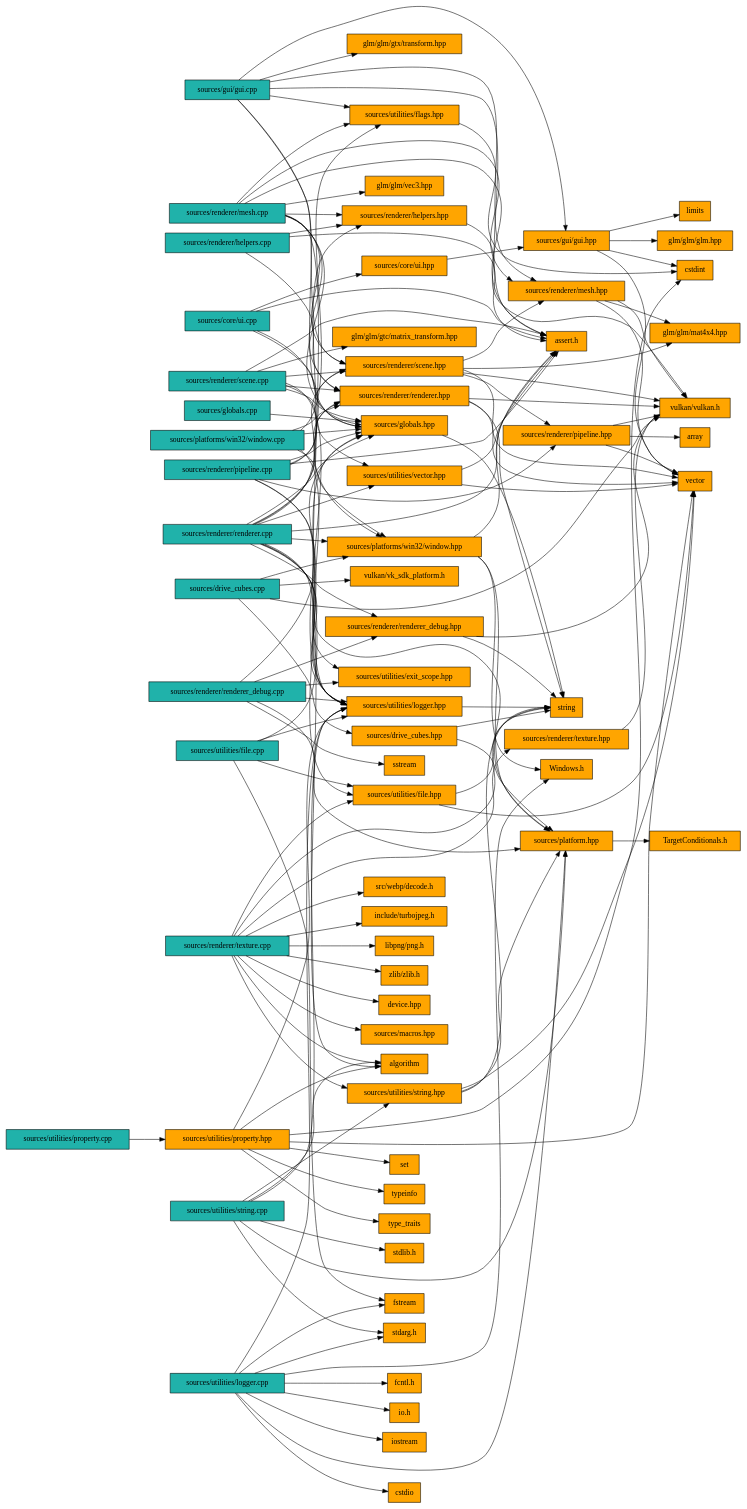
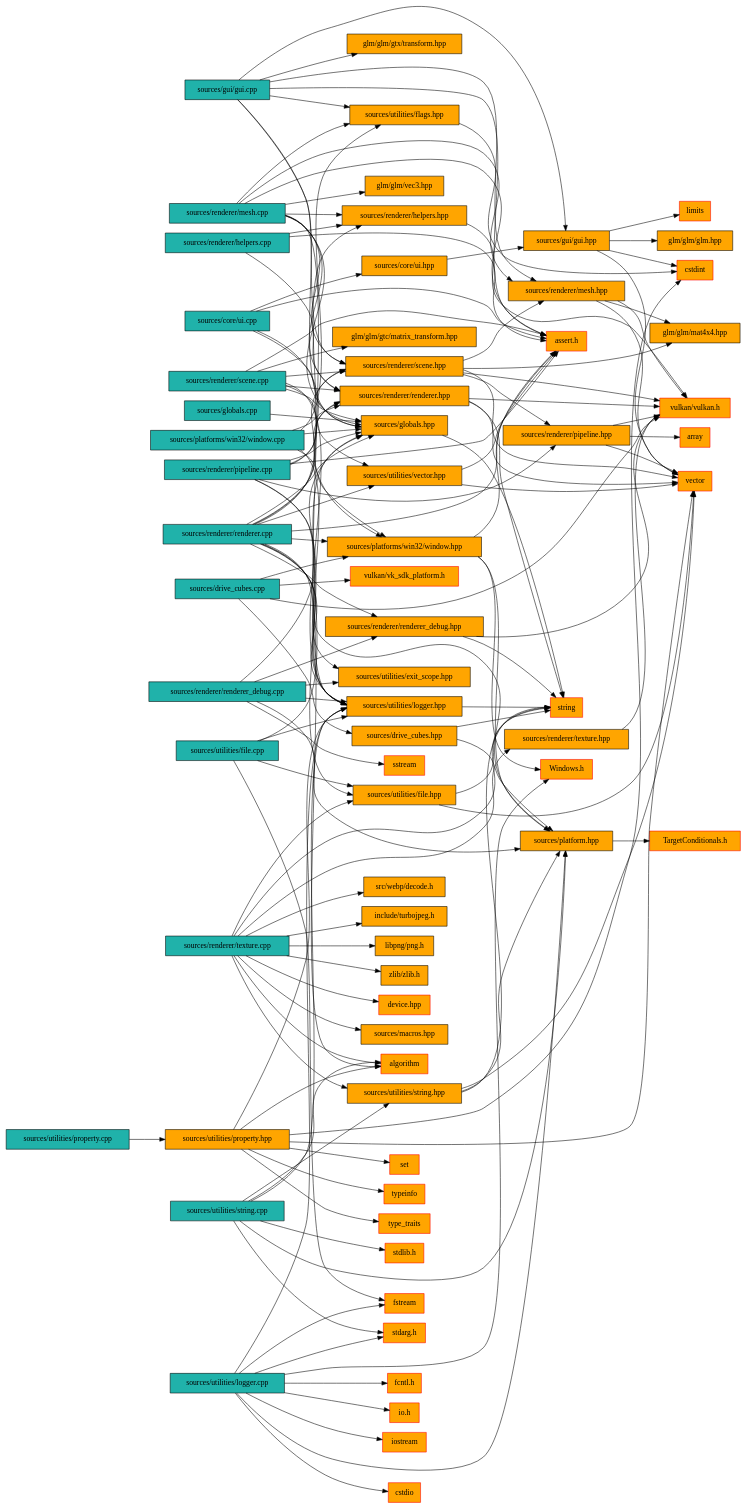
One commit to Flamaros/cpp-includes-graph changed the diagram in results/DriveCubes.dot. Above: the diagram before and after it, drawn with Graphviz. The commit also changed 10 other files, not shown here.

```diff
--- a/results/DriveCubes.dot
+++ b/results/DriveCubes.dot
@@ -1,91 +1,91 @@
 digraph {
 	rankdir = LR
-	a [label="sources/core/ui.cpp" shape=box, style=filled, fillcolor=lightseagreen]
+	a [label="sources/core/ui.cpp" shape=box, style=filled, color=black, fillcolor=lightseagreen]
 	a -> b
-	b [label="sources/core/ui.hpp" shape=box, style=filled, fillcolor=orange]
+	b [label="sources/core/ui.hpp" shape=box, style=filled, color=black, fillcolor=orange]
 	b -> c
-	c [label="sources/gui/gui.hpp" shape=box, style=filled, fillcolor=orange]
+	c [label="sources/gui/gui.hpp" shape=box, style=filled, color=black, fillcolor=orange]
 	c -> d
-	d [label="limits" shape=box, style=filled, fillcolor=orange]
+	d [label="limits" shape=box, style=filled, color=red, fillcolor=orange]
 	c -> e
-	e [label="vector" shape=box, style=filled, fillcolor=orange]
+	e [label="vector" shape=box, style=filled, color=red, fillcolor=orange]
 	c -> f
-	f [label="cstdint" shape=box, style=filled, fillcolor=orange]
+	f [label="cstdint" shape=box, style=filled, color=red, fillcolor=orange]
 	c -> g
-	g [label="glm/glm/glm.hpp" shape=box, style=filled, fillcolor=orange]
+	g [label="glm/glm/glm.hpp" shape=box, style=filled, color=black, fillcolor=orange]
 	a -> h
-	h [label="sources/globals.hpp" shape=box, style=filled, fillcolor=orange]
+	h [label="sources/globals.hpp" shape=box, style=filled, color=black, fillcolor=orange]
 	h -> i
-	i [label="string" shape=box, style=filled, fillcolor=orange]
+	i [label="string" shape=box, style=filled, color=red, fillcolor=orange]
 	a -> j
-	j [label="sources/platforms/win32/window.hpp" shape=box, style=filled, fillcolor=orange]
+	j [label="sources/platforms/win32/window.hpp" shape=box, style=filled, color=black, fillcolor=orange]
 	j -> k
-	k [label="sources/platform.hpp" shape=box, style=filled, fillcolor=orange]
+	k [label="sources/platform.hpp" shape=box, style=filled, color=black, fillcolor=orange]
 	k -> l
-	l [label="TargetConditionals.h" shape=box, style=filled, fillcolor=orange]
+	l [label="TargetConditionals.h" shape=box, style=filled, color=red, fillcolor=orange]
 	j -> m
-	m [label="Windows.h" shape=box, style=filled, fillcolor=orange]
+	m [label="Windows.h" shape=box, style=filled, color=red, fillcolor=orange]
 	j -> n
-	n [label="assert.h" shape=box, style=filled, fillcolor=orange]
+	n [label="assert.h" shape=box, style=filled, color=red, fillcolor=orange]
 	a -> n
-	o [label="sources/drive_cubes.cpp" shape=box, style=filled, fillcolor=lightseagreen]
+	o [label="sources/drive_cubes.cpp" shape=box, style=filled, color=black, fillcolor=lightseagreen]
 	o -> p
-	p [label="sources/drive_cubes.hpp" shape=box, style=filled, fillcolor=orange]
+	p [label="sources/drive_cubes.hpp" shape=box, style=filled, color=black, fillcolor=orange]
 	p -> k
 	p -> i
 	o -> q
-	q [label="vulkan/vulkan.h" shape=box, style=filled, fillcolor=orange]
+	q [label="vulkan/vulkan.h" shape=box, style=filled, color=red, fillcolor=orange]
 	o -> r
-	r [label="vulkan/vk_sdk_platform.h" shape=box, style=filled, fillcolor=orange]
+	r [label="vulkan/vk_sdk_platform.h" shape=box, style=filled, color=red, fillcolor=orange]
 	o -> j
-	s [label="sources/globals.cpp" shape=box, style=filled, fillcolor=lightseagreen]
+	s [label="sources/globals.cpp" shape=box, style=filled, color=black, fillcolor=lightseagreen]
 	s -> h
-	t [label="sources/gui/gui.cpp" shape=box, style=filled, fillcolor=lightseagreen]
+	t [label="sources/gui/gui.cpp" shape=box, style=filled, color=black, fillcolor=lightseagreen]
 	t -> c
 	t -> u
-	u [label="sources/renderer/mesh.hpp" shape=box, style=filled, fillcolor=orange]
+	u [label="sources/renderer/mesh.hpp" shape=box, style=filled, color=black, fillcolor=orange]
 	u -> q
 	u -> v
-	v [label="glm/glm/mat4x4.hpp" shape=box, style=filled, fillcolor=orange]
+	v [label="glm/glm/mat4x4.hpp" shape=box, style=filled, color=black, fillcolor=orange]
 	u -> e
 	t -> w
-	w [label="sources/renderer/scene.hpp" shape=box, style=filled, fillcolor=orange]
+	w [label="sources/renderer/scene.hpp" shape=box, style=filled, color=black, fillcolor=orange]
 	w -> u
 	w -> x
-	x [label="sources/renderer/pipeline.hpp" shape=box, style=filled, fillcolor=orange]
+	x [label="sources/renderer/pipeline.hpp" shape=box, style=filled, color=black, fillcolor=orange]
 	x -> q
 	x -> y
-	y [label="array" shape=box, style=filled, fillcolor=orange]
+	y [label="array" shape=box, style=filled, color=red, fillcolor=orange]
 	x -> e
 	w -> q
 	w -> e
 	w -> v
 	t -> z
-	z [label="sources/utilities/flags.hpp" shape=box, style=filled, fillcolor=orange]
+	z [label="sources/utilities/flags.hpp" shape=box, style=filled, color=black, fillcolor=orange]
 	z -> f
 	t -> h
 	t -> ab
-	ab [label="glm/glm/gtx/transform.hpp" shape=box, style=filled, fillcolor=orange]
+	ab [label="glm/glm/gtx/transform.hpp" shape=box, style=filled, color=black, fillcolor=orange]
 	t -> n
-	bb [label="sources/platforms/win32/window.cpp" shape=box, style=filled, fillcolor=lightseagreen]
+	bb [label="sources/platforms/win32/window.cpp" shape=box, style=filled, color=black, fillcolor=lightseagreen]
 	bb -> j
 	bb -> z
 	bb -> cb
-	cb [label="sources/utilities/logger.hpp" shape=box, style=filled, fillcolor=orange]
+	cb [label="sources/utilities/logger.hpp" shape=box, style=filled, color=black, fillcolor=orange]
 	cb -> i
 	bb -> db
-	db [label="sources/renderer/renderer.hpp" shape=box, style=filled, fillcolor=orange]
+	db [label="sources/renderer/renderer.hpp" shape=box, style=filled, color=black, fillcolor=orange]
 	db -> q
 	db -> i
 	db -> e
 	bb -> h
-	eb [label="sources/renderer/helpers.cpp" shape=box, style=filled, fillcolor=lightseagreen]
+	eb [label="sources/renderer/helpers.cpp" shape=box, style=filled, color=black, fillcolor=lightseagreen]
 	eb -> fb
-	fb [label="sources/renderer/helpers.hpp" shape=box, style=filled, fillcolor=orange]
+	fb [label="sources/renderer/helpers.hpp" shape=box, style=filled, color=black, fillcolor=orange]
 	fb -> q
 	eb -> db
 	eb -> n
-	gb [label="sources/renderer/mesh.cpp" shape=box, style=filled, fillcolor=lightseagreen]
+	gb [label="sources/renderer/mesh.cpp" shape=box, style=filled, color=black, fillcolor=lightseagreen]
 	gb -> u
 	gb -> fb
 	gb -> db
@@ -94,121 +94,121 @@
 	gb -> cb
 	gb -> h
 	gb -> hb
-	hb [label="glm/glm/vec3.hpp" shape=box, style=filled, fillcolor=orange]
+	hb [label="glm/glm/vec3.hpp" shape=box, style=filled, color=black, fillcolor=orange]
 	gb -> n
-	ib [label="sources/renderer/pipeline.cpp" shape=box, style=filled, fillcolor=lightseagreen]
+	ib [label="sources/renderer/pipeline.cpp" shape=box, style=filled, color=black, fillcolor=lightseagreen]
 	ib -> x
 	ib -> db
 	ib -> w
 	ib -> jb
-	jb [label="sources/utilities/file.hpp" shape=box, style=filled, fillcolor=orange]
+	jb [label="sources/utilities/file.hpp" shape=box, style=filled, color=black, fillcolor=orange]
 	jb -> i
 	jb -> e
 	ib -> cb
 	ib -> h
 	ib -> n
-	kb [label="sources/renderer/renderer.cpp" shape=box, style=filled, fillcolor=lightseagreen]
+	kb [label="sources/renderer/renderer.cpp" shape=box, style=filled, color=black, fillcolor=lightseagreen]
 	kb -> db
 	kb -> fb
 	kb -> lb
-	lb [label="sources/renderer/renderer_debug.hpp" shape=box, style=filled, fillcolor=orange]
+	lb [label="sources/renderer/renderer_debug.hpp" shape=box, style=filled, color=black, fillcolor=orange]
 	lb -> q
 	lb -> i
 	kb -> w
 	kb -> j
 	kb -> mb
-	mb [label="sources/utilities/exit_scope.hpp" shape=box, style=filled, fillcolor=orange]
+	mb [label="sources/utilities/exit_scope.hpp" shape=box, style=filled, color=black, fillcolor=orange]
 	kb -> cb
 	kb -> nb
-	nb [label="sources/utilities/vector.hpp" shape=box, style=filled, fillcolor=orange]
+	nb [label="sources/utilities/vector.hpp" shape=box, style=filled, color=black, fillcolor=orange]
 	nb -> e
 	nb -> n
 	kb -> h
 	kb -> k
 	kb -> ob
-	ob [label="algorithm" shape=box, style=filled, fillcolor=orange]
+	ob [label="algorithm" shape=box, style=filled, color=red, fillcolor=orange]
 	kb -> n
-	pb [label="sources/renderer/renderer_debug.cpp" shape=box, style=filled, fillcolor=lightseagreen]
+	pb [label="sources/renderer/renderer_debug.cpp" shape=box, style=filled, color=black, fillcolor=lightseagreen]
 	pb -> lb
 	pb -> mb
 	pb -> cb
 	pb -> h
 	pb -> k
 	pb -> qb
-	qb [label="sstream" shape=box, style=filled, fillcolor=orange]
-	rb [label="sources/renderer/scene.cpp" shape=box, style=filled, fillcolor=lightseagreen]
+	qb [label="sstream" shape=box, style=filled, color=red, fillcolor=orange]
+	rb [label="sources/renderer/scene.cpp" shape=box, style=filled, color=black, fillcolor=lightseagreen]
 	rb -> w
 	rb -> db
 	rb -> sb
-	sb [label="glm/glm/gtc/matrix_transform.hpp" shape=box, style=filled, fillcolor=orange]
+	sb [label="glm/glm/gtc/matrix_transform.hpp" shape=box, style=filled, color=black, fillcolor=orange]
 	rb -> cb
 	rb -> nb
 	rb -> h
 	rb -> n
-	tb [label="sources/renderer/texture.cpp" shape=box, style=filled, fillcolor=lightseagreen]
+	tb [label="sources/renderer/texture.cpp" shape=box, style=filled, color=black, fillcolor=lightseagreen]
 	tb -> ub
-	ub [label="sources/renderer/texture.hpp" shape=box, style=filled, fillcolor=orange]
+	ub [label="sources/renderer/texture.hpp" shape=box, style=filled, color=black, fillcolor=orange]
 	ub -> q
 	tb -> vb
-	vb [label="device.hpp" shape=box, style=filled, fillcolor=orange]
+	vb [label="device.hpp" shape=box, style=filled, color=red, fillcolor=orange]
 	tb -> wb
-	wb [label="sources/macros.hpp" shape=box, style=filled, fillcolor=orange]
+	wb [label="sources/macros.hpp" shape=box, style=filled, color=black, fillcolor=orange]
 	tb -> jb
 	tb -> xb
-	xb [label="sources/utilities/string.hpp" shape=box, style=filled, fillcolor=orange]
+	xb [label="sources/utilities/string.hpp" shape=box, style=filled, color=black, fillcolor=orange]
 	xb -> k
 	xb -> i
 	xb -> e
 	tb -> yb
-	yb [label="src/webp/decode.h" shape=box, style=filled, fillcolor=orange]
+	yb [label="src/webp/decode.h" shape=box, style=filled, color=black, fillcolor=orange]
 	tb -> zb
-	zb [label="include/turbojpeg.h" shape=box, style=filled, fillcolor=orange]
+	zb [label="include/turbojpeg.h" shape=box, style=filled, color=black, fillcolor=orange]
 	tb -> ac
-	ac [label="libpng/png.h" shape=box, style=filled, fillcolor=orange]
+	ac [label="libpng/png.h" shape=box, style=filled, color=black, fillcolor=orange]
 	tb -> bc
-	bc [label="zlib/zlib.h" shape=box, style=filled, fillcolor=orange]
+	bc [label="zlib/zlib.h" shape=box, style=filled, color=black, fillcolor=orange]
 	tb -> i
 	tb -> ob
-	cc [label="sources/utilities/file.cpp" shape=box, style=filled, fillcolor=lightseagreen]
+	cc [label="sources/utilities/file.cpp" shape=box, style=filled, color=black, fillcolor=lightseagreen]
 	cc -> jb
 	cc -> cb
 	cc -> h
 	cc -> dc
-	dc [label="fstream" shape=box, style=filled, fillcolor=orange]
-	ec [label="sources/utilities/logger.cpp" shape=box, style=filled, fillcolor=lightseagreen]
+	dc [label="fstream" shape=box, style=filled, color=red, fillcolor=orange]
+	ec [label="sources/utilities/logger.cpp" shape=box, style=filled, color=black, fillcolor=lightseagreen]
 	ec -> cb
 	ec -> k
 	ec -> fc
-	fc [label="cstdio" shape=box, style=filled, fillcolor=orange]
+	fc [label="cstdio" shape=box, style=filled, color=red, fillcolor=orange]
 	ec -> gc
-	gc [label="stdarg.h" shape=box, style=filled, fillcolor=orange]
+	gc [label="stdarg.h" shape=box, style=filled, color=red, fillcolor=orange]
 	ec -> m
 	ec -> hc
-	hc [label="fcntl.h" shape=box, style=filled, fillcolor=orange]
+	hc [label="fcntl.h" shape=box, style=filled, color=red, fillcolor=orange]
 	ec -> ic
-	ic [label="io.h" shape=box, style=filled, fillcolor=orange]
+	ic [label="io.h" shape=box, style=filled, color=red, fillcolor=orange]
 	ec -> jc
-	jc [label="iostream" shape=box, style=filled, fillcolor=orange]
+	jc [label="iostream" shape=box, style=filled, color=red, fillcolor=orange]
 	ec -> dc
-	kc [label="sources/utilities/property.cpp" shape=box, style=filled, fillcolor=lightseagreen]
+	kc [label="sources/utilities/property.cpp" shape=box, style=filled, color=black, fillcolor=lightseagreen]
 	kc -> lc
-	lc [label="sources/utilities/property.hpp" shape=box, style=filled, fillcolor=orange]
+	lc [label="sources/utilities/property.hpp" shape=box, style=filled, color=black, fillcolor=orange]
 	lc -> cb
 	lc -> mc
-	mc [label="type_traits" shape=box, style=filled, fillcolor=orange]
+	mc [label="type_traits" shape=box, style=filled, color=red, fillcolor=orange]
 	lc -> e
 	lc -> nc
-	nc [label="set" shape=box, style=filled, fillcolor=orange]
+	nc [label="set" shape=box, style=filled, color=red, fillcolor=orange]
 	lc -> f
 	lc -> oc
-	oc [label="typeinfo" shape=box, style=filled, fillcolor=orange]
+	oc [label="typeinfo" shape=box, style=filled, color=red, fillcolor=orange]
 	lc -> ob
-	pc [label="sources/utilities/string.cpp" shape=box, style=filled, fillcolor=lightseagreen]
+	pc [label="sources/utilities/string.cpp" shape=box, style=filled, color=black, fillcolor=lightseagreen]
 	pc -> xb
 	pc -> cb
 	pc -> k
 	pc -> ob
 	pc -> gc
 	pc -> qc
-	qc [label="stdlib.h" shape=box, style=filled, fillcolor=orange]
+	qc [label="stdlib.h" shape=box, style=filled, color=red, fillcolor=orange]
 }
```
